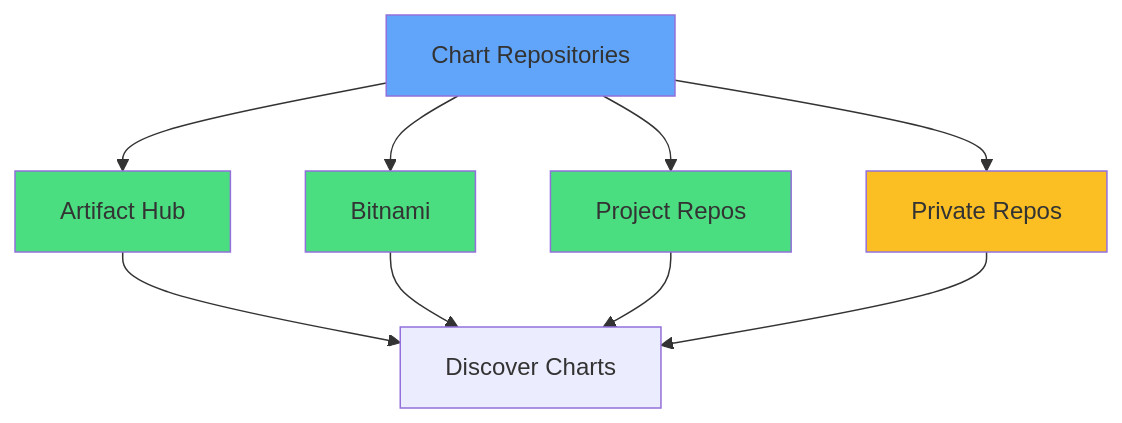
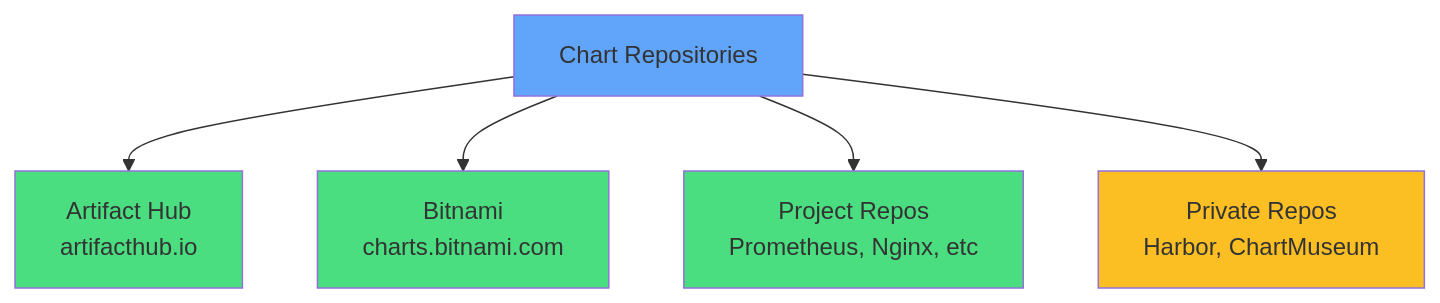
Before and after one commit to courselabs/kubernetes: the seventh of 11 diagrams in slides/helm/slides.md, drawn with Mermaid. The commit also changed other lines of this file and 5 other files, not shown here.

````diff
--- a/slides/helm/slides.md
+++ b/slides/helm/slides.md
@@ -326,16 +358,12 @@
 ```mermaid
 graph TB
-    R[Chart Repositories] --> A[Artifact Hub]
-    R --> B[Bitnami]
-    R --> P[Project Repos]
-    R --> PR[Private Repos]
-    A --> C[Discover Charts]
-    B --> C
-    P --> C
-    PR --> C
+    R[Chart Repositories] --> A[Artifact Hub<br/>artifacthub.io]
+    R --> B[Bitnami<br/>charts.bitnami.com]
+    R --> P[Project Repos<br/>Prometheus, Nginx, etc]
+    R --> PR[Private Repos<br/>Harbor, ChartMuseum]
     style R fill:#60a5fa
     style A fill:#4ade80
     style B fill:#4ade80
     style P fill:#4ade80
     style PR fill:#fbbf24
 ```
````
